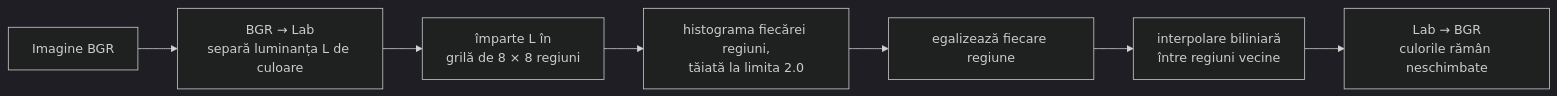
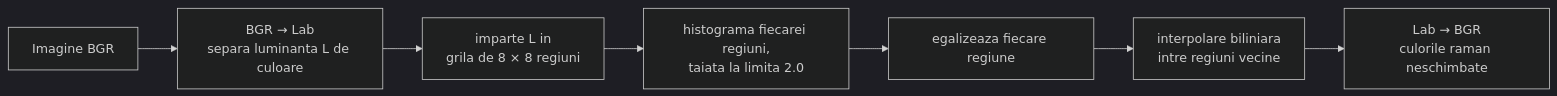
Before and after one commit to zaha27/pi-p: the first of 2 diagrams in docs/pipeline/03-imbunatatirea-contrastului.md, drawn with Mermaid (dark theme). The commit also changed other lines of this file and 57 other files, not shown here.

````diff
--- a/docs/pipeline/03-imbunatatirea-contrastului.md
+++ b/docs/pipeline/03-imbunatatirea-contrastului.md
@@ -13,14 +13,14 @@
 ```mermaid
 flowchart LR
     A["Imagine BGR"] --> B["BGR → Lab
-separă luminanța L de culoare"]
-    B --> C["împarte L în
-grilă de 8 × 8 regiuni"]
-    C --> D["histograma fiecărei regiuni,
-tăiată la limita 2.0"]
-    D --> E["egalizează fiecare regiune"]
-    E --> F["interpolare biliniară
-între regiuni vecine"]
+separa luminanta L de culoare"]
+    B --> C["imparte L in
+grila de 8 × 8 regiuni"]
+    C --> D["histograma fiecarei regiuni,
+taiata la limita 2.0"]
+    D --> E["egalizeaza fiecare regiune"]
+    E --> F["interpolare biliniara
+intre regiuni vecine"]
     F --> G["Lab → BGR
-culorile rămân neschimbate"]
+culorile raman neschimbate"]
 ```
````
